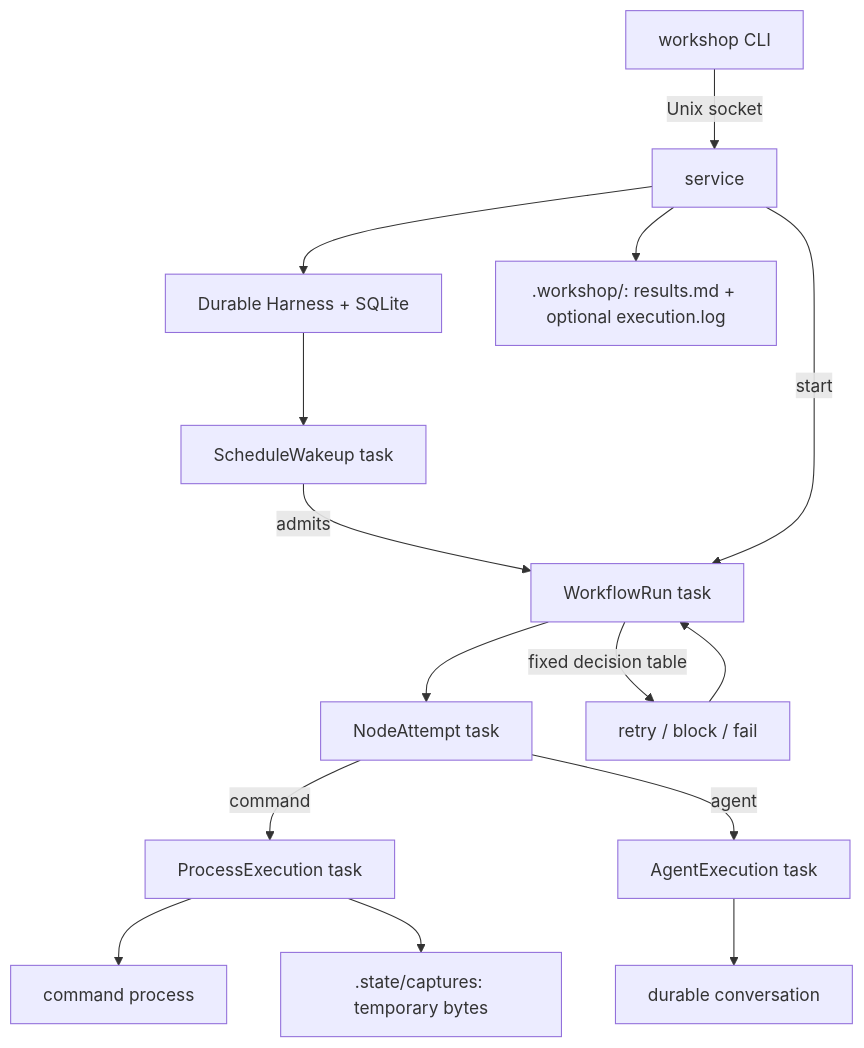
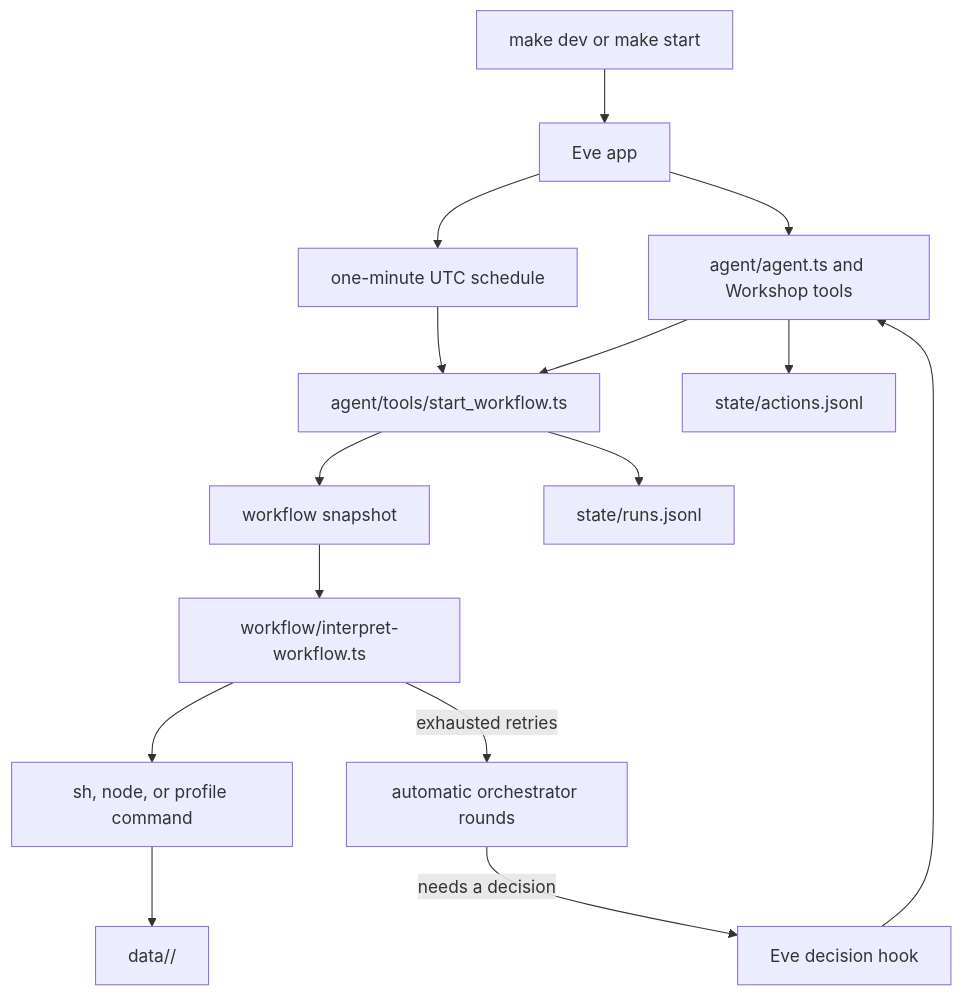
The diagram in CONTRIBUTING.md (kaushikgopal/workshop), drawn with Mermaid before and after one commit. The commit also changed other lines of this file and 5 other files, not shown here.

Commit message:
Document the Workshop v2 workflow runtime

````diff
--- a/CONTRIBUTING.md
+++ b/CONTRIBUTING.md
@@ -113,17 +83,17 @@
 ```mermaid
 flowchart TD
-  CLI[workshop CLI] -->|Unix socket| SVC[service]
-  SVC --> H[Durable Harness + SQLite]
-  H --> SCH[ScheduleWakeup task]
-  SCH -->|admits| WR[WorkflowRun task]
-  SVC -->|start| WR
-  WR --> NA[NodeAttempt task]
-  NA -->|command| PE[ProcessExecution task]
-  PE --> P[command process]
-  NA -->|agent| AE[AgentExecution task]
-  AE --> C[durable conversation]
-  WR -->|fixed decision table| D[retry / block / fail]
-  D --> WR
-  PE --> V[.state/captures: temporary bytes]
-  SVC --> RF[.workshop/<workflow>: results.md + optional execution.log]
+  MAKE[make dev or make start] --> EVE[Eve app]
+  EVE --> AGENT[agent/agent.ts and Workshop tools]
+  EVE --> SCHEDULE[one-minute UTC schedule]
+  SCHEDULE --> START[agent/tools/start_workflow.ts]
+  AGENT --> START
+  START --> SNAPSHOT[workflow snapshot]
+  SNAPSHOT --> INTERPRETER[workflow/interpret-workflow.ts]
+  INTERPRETER --> PROCESS[sh, node, or profile command]
+  PROCESS --> DATA[data/<workflow>/]
+  INTERPRETER -->|exhausted retries| ROUNDS[automatic orchestrator rounds]
+  ROUNDS -->|needs a decision| HOOK[Eve decision hook]
+  HOOK --> AGENT
+  START --> INDEX[state/runs.jsonl]
+  AGENT --> ACTIONS[state/actions.jsonl]
 ```
````
